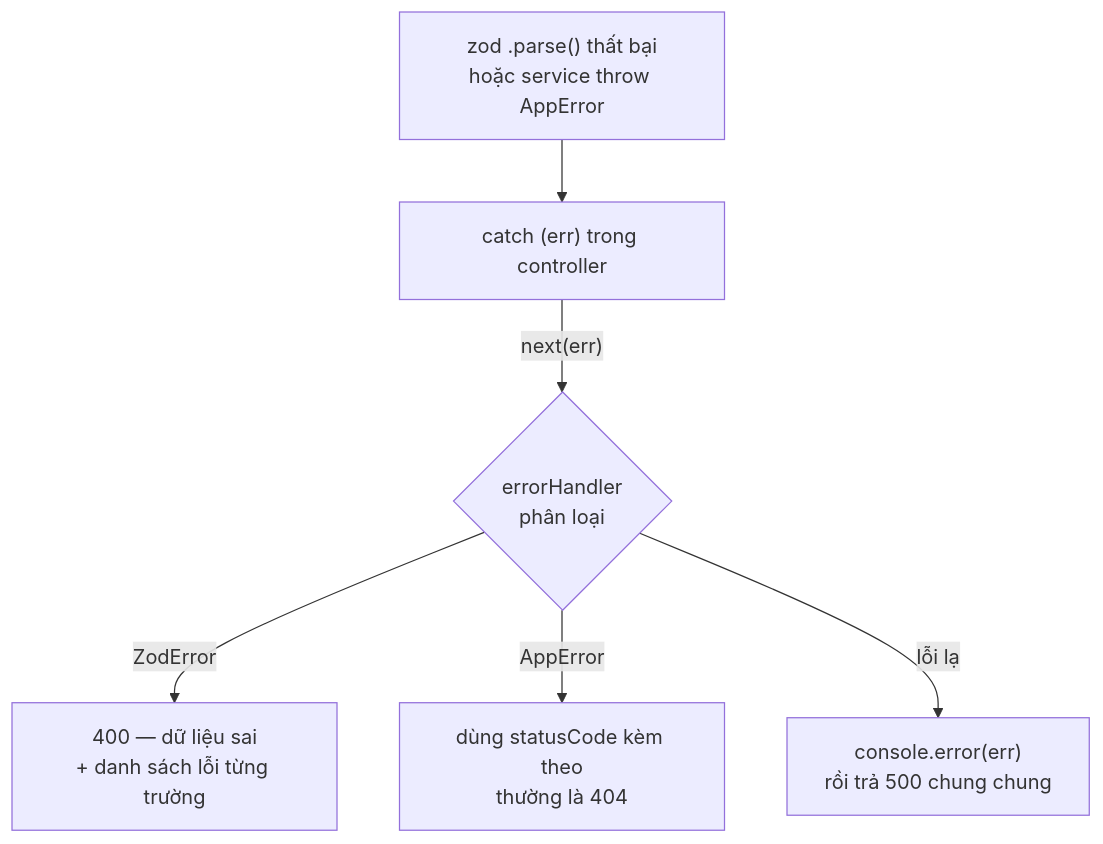
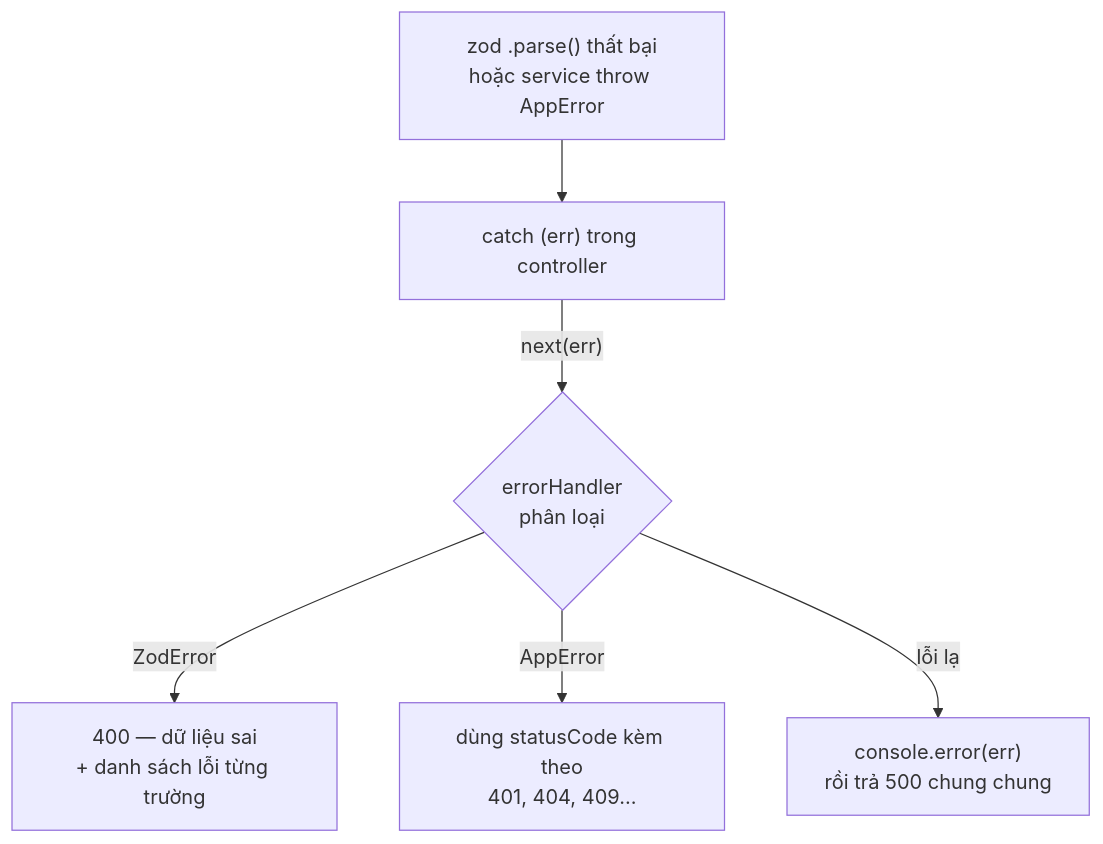
Before and after one commit to nguyenbaohua/nextjs-express-demo: the third of 9 diagrams in backend/LEARN.md, drawn with Mermaid. The commit also changed other lines of this file and 99 other files, not shown here.

````diff
--- a/backend/LEARN.md
+++ b/backend/LEARN.md
@@ -58,8 +61,8 @@
 ```mermaid
 flowchart TD
     A["zod .parse() thất bại<br/>hoặc service throw AppError"] --> B["catch (err) trong controller"]
     B -->|"next(err)"| C{"errorHandler<br/>phân loại"}
     C -->|"ZodError"| D["400 — dữ liệu sai<br/>+ danh sách lỗi từng trường"]
-    C -->|"AppError"| E["dùng statusCode kèm theo<br/>thường là 404"]
+    C -->|"AppError"| E["dùng statusCode kèm theo<br/>401, 404, 409..."]
     C -->|"lỗi lạ"| F["console.error(err)<br/>rồi trả 500 chung chung"]
 ```
````
